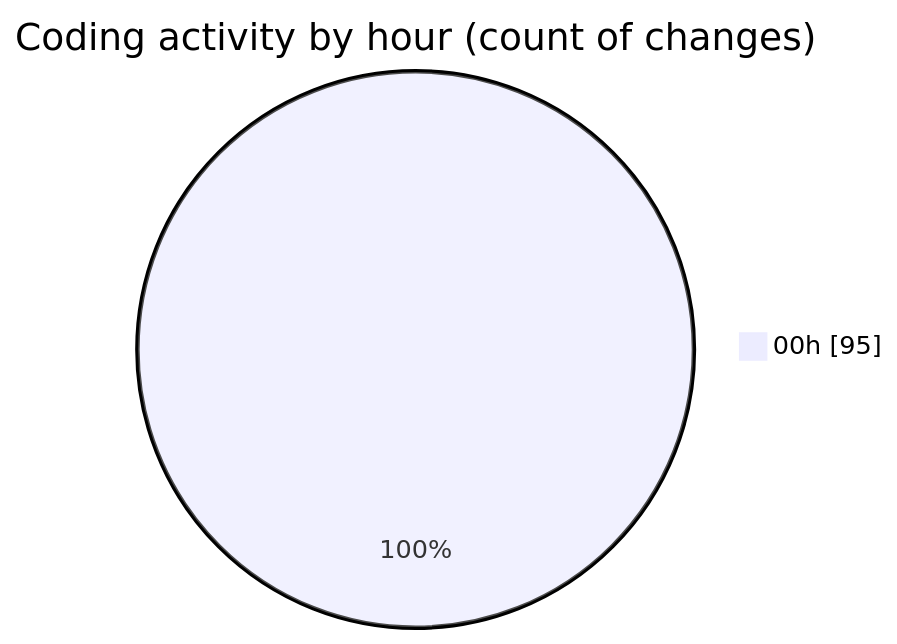
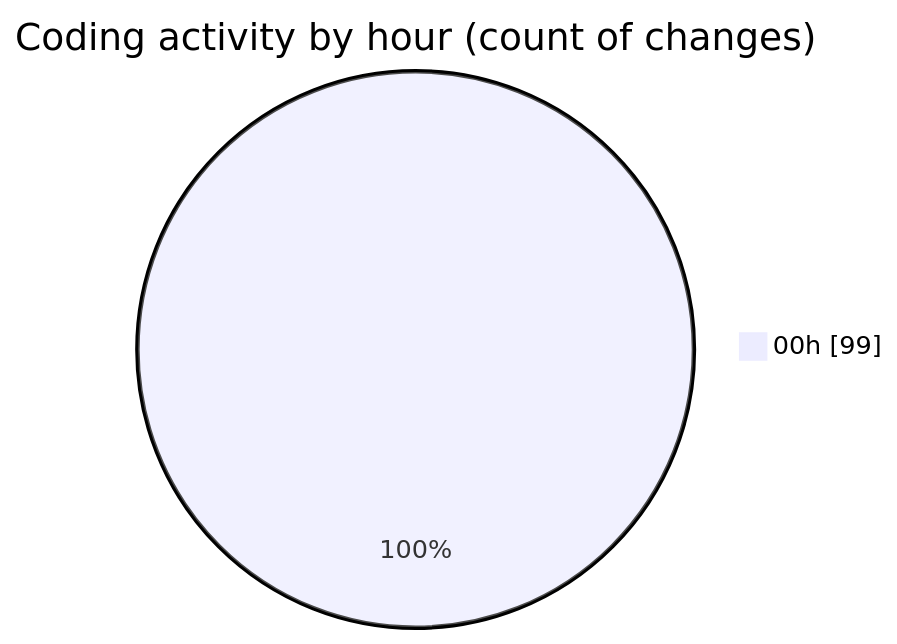
One commit to lephambinh05/code-tracking changed the second of 2 diagrams in 2025-08-06/napxuvn/README.md. Above: the diagram before and after it, drawn with Mermaid. The commit also changed other lines of this file and 1 other file, not shown here.

````diff
--- a/2025-08-06/napxuvn/README.md
+++ b/2025-08-06/napxuvn/README.md
@@ -81,5 +83,5 @@
 ```mermaid
 pie showData
 title Coding activity by hour (count of changes)
-"00h" : 95
+"00h" : 99
 ```
````
